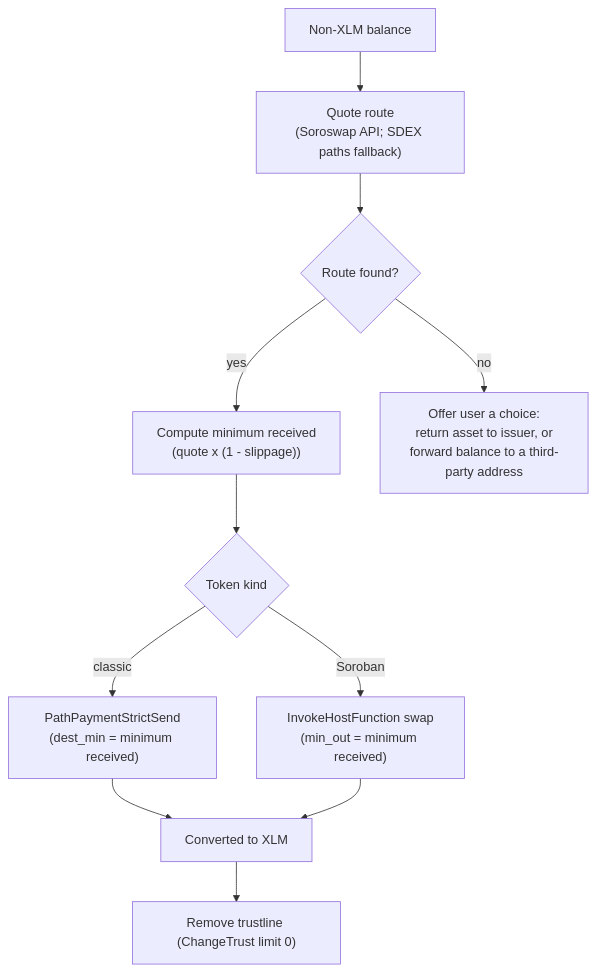
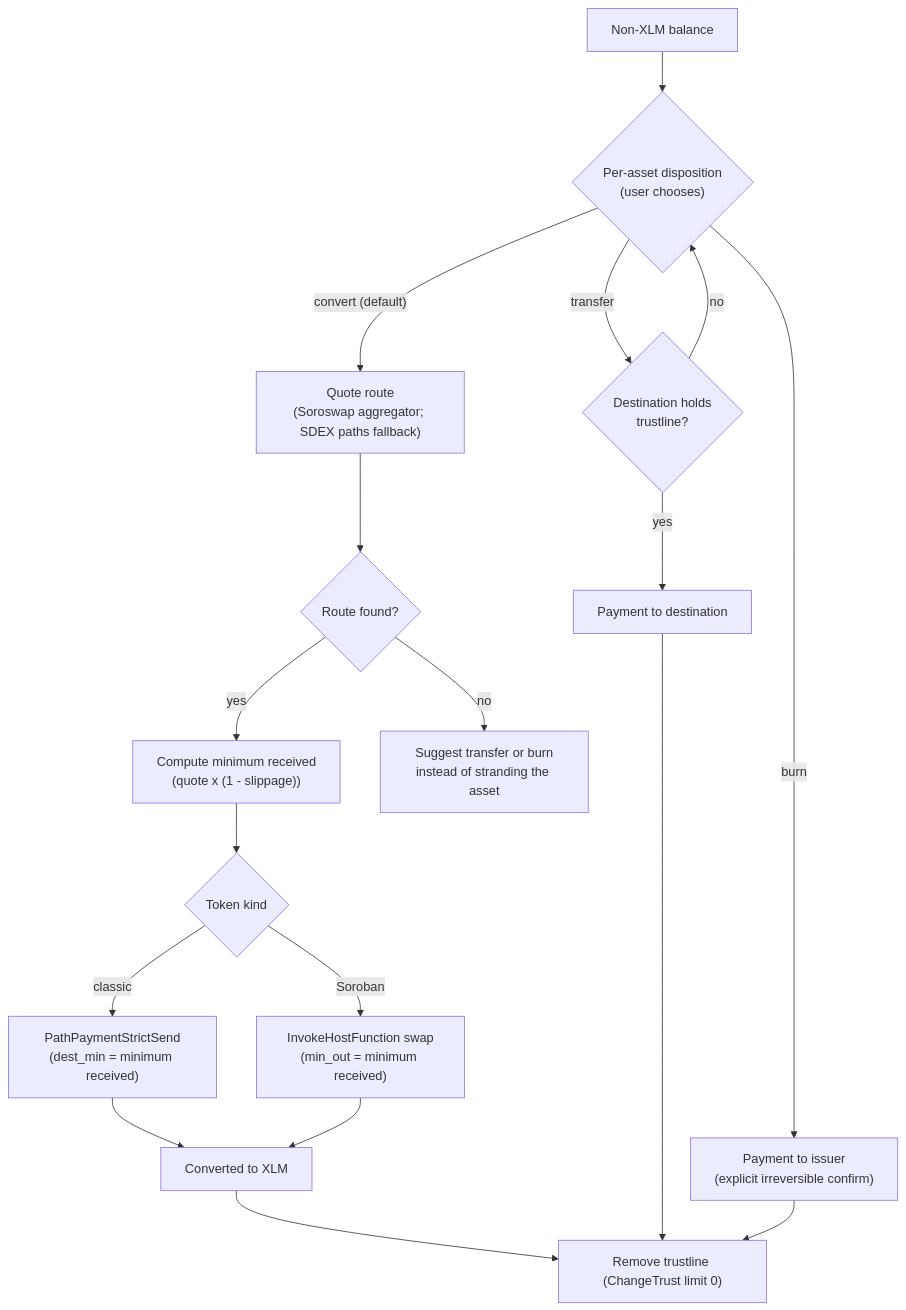
One commit to OscarGauss/lumenwipe changed the eighth of 9 diagrams in docs/architecture.md. Above: the diagram before and after it, drawn with Mermaid. The commit also changed other lines of this file and 8 other files, not shown here.

````diff
--- a/docs/architecture.md
+++ b/docs/architecture.md
@@ -416,13 +453,20 @@
 ```mermaid
 flowchart TD
-    asset["Non-XLM balance"] --> q["Quote route<br/>(Soroswap API; SDEX paths fallback)"]
+    asset["Non-XLM balance"] --> disp{"Per-asset disposition<br/>(user chooses)"}
+    disp -->|"transfer"| tl{"Destination holds<br/>trustline?"}
+    tl -->|"yes"| xfer["Payment to destination"]
+    tl -->|"no"| disp
+    disp -->|"burn"| burn["Payment to issuer<br/>(explicit irreversible confirm)"]
+    disp -->|"convert (default)"| q["Quote route<br/>(Soroswap aggregator; SDEX paths fallback)"]
     q --> hasroute{"Route found?"}
     hasroute -->|"yes"| minrecv["Compute minimum received<br/>(quote x (1 - slippage))"]
     minrecv --> kind{"Token kind"}
     kind -->|"classic"| pp["PathPaymentStrictSend<br/>(dest_min = minimum received)"]
     kind -->|"Soroban"| inv["InvokeHostFunction swap<br/>(min_out = minimum received)"]
     pp --> conv["Converted to XLM"]
     inv --> conv
-    hasroute -->|"no"| opt["Offer user a choice:<br/>return asset to issuer, or<br/>forward balance to a third-party address"]
+    hasroute -->|"no"| opt["Suggest transfer or burn<br/>instead of stranding the asset"]
     conv --> rm["Remove trustline (ChangeTrust limit 0)"]
+    xfer --> rm
+    burn --> rm
 ```
````
